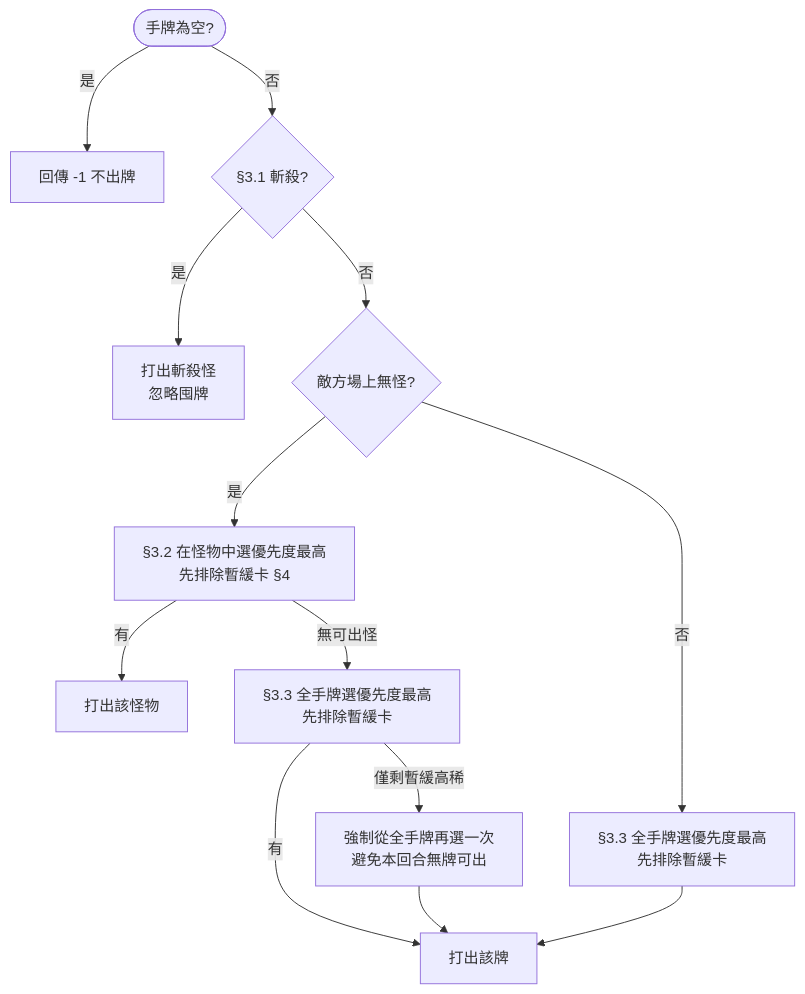
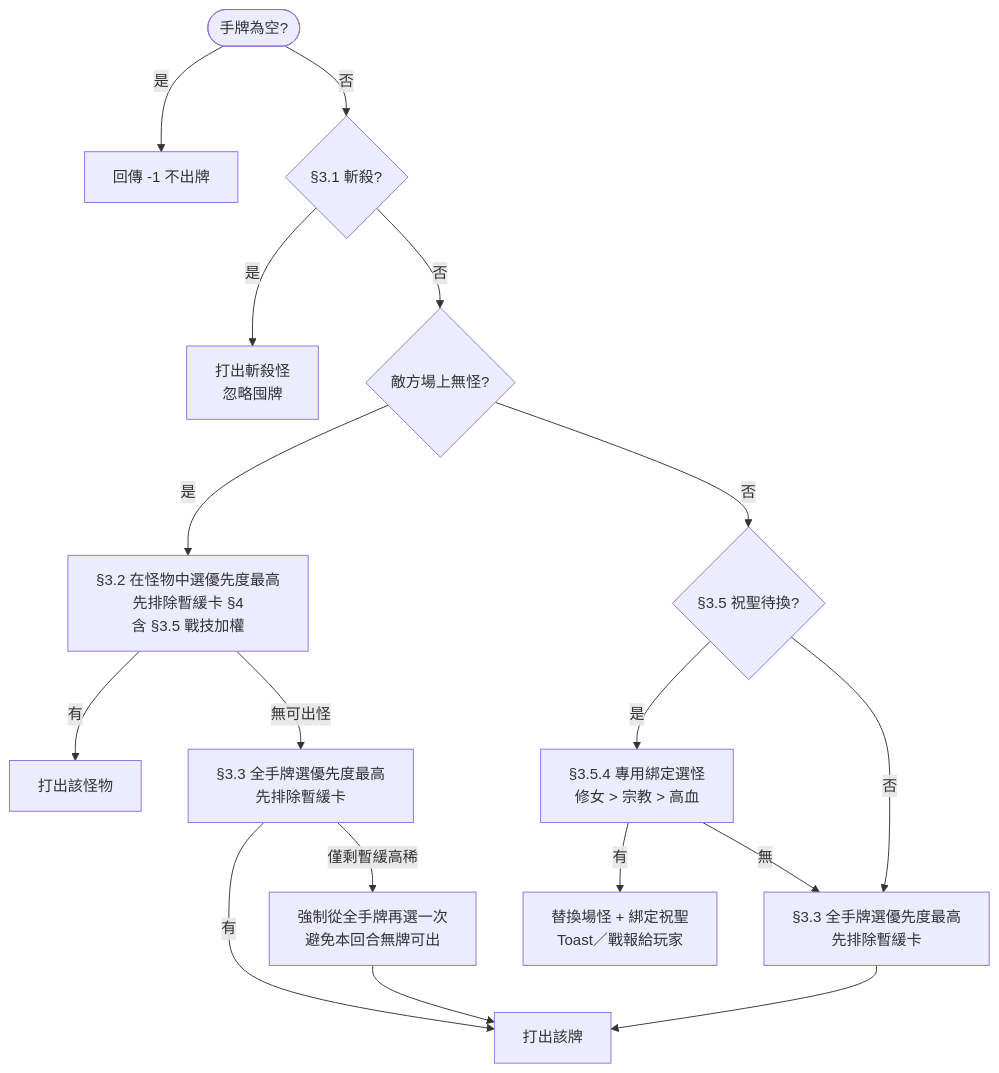
One commit to Minoru1017/card_game changed the second of 6 diagrams in ENEMY_AI_DECISION_TREE.md. Above: the diagram before and after it, drawn with Mermaid. The commit also changed other lines of this file and 235 other files, not shown here.

````diff
--- a/ENEMY_AI_DECISION_TREE.md
+++ b/ENEMY_AI_DECISION_TREE.md
@@ -51,15 +51,19 @@
 ```mermaid
 flowchart TD
     Start([手牌為空?]) -->|是| None[回傳 -1 不出牌]
     Start -->|否| Lethal{§3.1 斬殺?}
     Lethal -->|是| PlayLethal[打出斬殺怪<br/>忽略囤牌]
     Lethal -->|否| FieldEmpty{敵方場上無怪?}
-    FieldEmpty -->|是| MonPick[§3.2 在怪物中選優先度最高<br/>先排除暫緩卡 §4]
+    FieldEmpty -->|是| MonPick[§3.2 在怪物中選優先度最高<br/>先排除暫緩卡 §4<br/>含 §3.5 戰技加權]
     MonPick -->|有| PlayMon[打出該怪物]
     MonPick -->|無可出怪| SpellPick[§3.3 全手牌選優先度最高<br/>先排除暫緩卡]
-    FieldEmpty -->|否| SpellPick2[§3.3 全手牌選優先度最高<br/>先排除暫緩卡]
+    FieldEmpty -->|否| Consec{§3.5 祝聖待換?}
+    Consec -->|是| BindPick[§3.5.4 專用綁定選怪<br/>修女 &gt; 宗教 &gt; 高血]
+    BindPick -->|有| PlayBind[替換場怪 + 綁定祝聖<br/>Toast／戰報給玩家]
+    BindPick -->|無| SpellPick2
+    Consec -->|否| SpellPick2[§3.3 全手牌選優先度最高<br/>先排除暫緩卡]
     SpellPick -->|有| PlaySpell[打出該牌]
     SpellPick -->|僅剩暫緩高稀| ForcePlay[強制從全手牌再選一次<br/>避免本回合無牌可出]
     SpellPick2 --> PlaySpell
     ForcePlay --> PlaySpell
 ```
````
